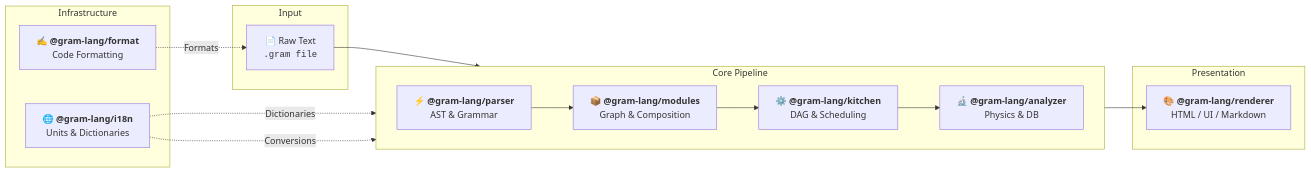
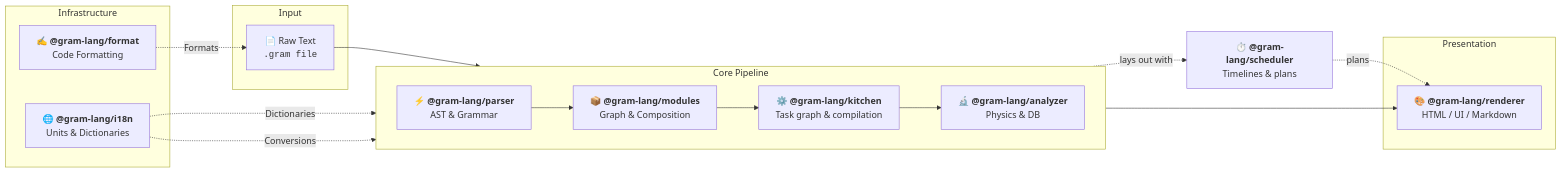
One commit to gram-lang/gram changed the diagram in packages/docs/src/content/docs/docs/explanation/engine/lifecycle.mdx. Above: the diagram before and after it, drawn with Mermaid. The commit also changed other lines of this file and 35 other files, not shown here.

Commit message:
docs: describe the task graph, the timer ranges, the days and the new options everywhere

````diff
--- a/packages/docs/src/content/docs/docs/explanation/engine/lifecycle.mdx
+++ b/packages/docs/src/content/docs/docs/explanation/engine/lifecycle.mdx
@@ -56,31 +62,35 @@
 ```mermaid
 flowchart LR
     subgraph Input ["Input"]
         Raw["📄 Raw Text<br/><code>.gram file</code>"]
     end
 
     subgraph Pipeline ["Core Pipeline"]
         direction LR
         Parser["⚡ <b>@gram-lang/parser</b><br/>AST & Grammar"]
         Modules["📦 <b>@gram-lang/modules</b><br/>Graph & Composition"]
-        Kitchen["⚙️ <b>@gram-lang/kitchen</b><br/>DAG & Scheduling"]
+        Kitchen["⚙️ <b>@gram-lang/kitchen</b><br/>Task graph & compilation"]
         Analyzer["🔬 <b>@gram-lang/analyzer</b><br/>Physics & DB"]
 
         Parser --> Modules --> Kitchen --> Analyzer
     end
+
+    Scheduler["⏱️ <b>@gram-lang/scheduler</b><br/>Timelines & plans"]
+    Kitchen -. lays out with .-> Scheduler
 
     subgraph Output ["Presentation"]
         Renderer["🎨 <b>@gram-lang/renderer</b><br/>HTML / UI / Markdown"]
     end
 
     subgraph Infra ["Infrastructure"]
         Format["✍️ <b>@gram-lang/format</b><br/>Code Formatting"]
         I18n["🌐 <b>@gram-lang/i18n</b><br/>Units & Dictionaries"]
     end
 
     Raw --> Parser
     Analyzer --> Renderer
+    Scheduler -. plans .-> Renderer
     Format -. Formats .-> Raw
     I18n -. Dictionaries .-> Kitchen
     I18n -. Conversions .-> Analyzer
 ```
````
